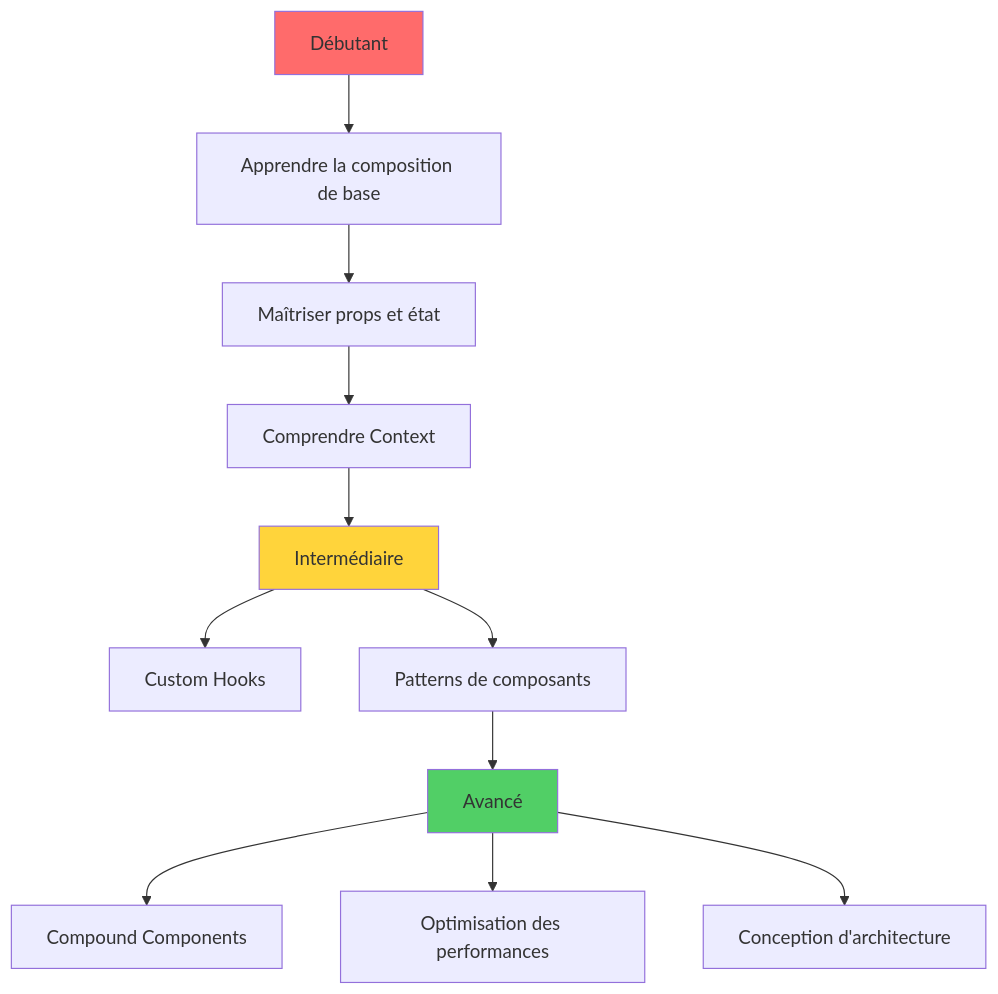
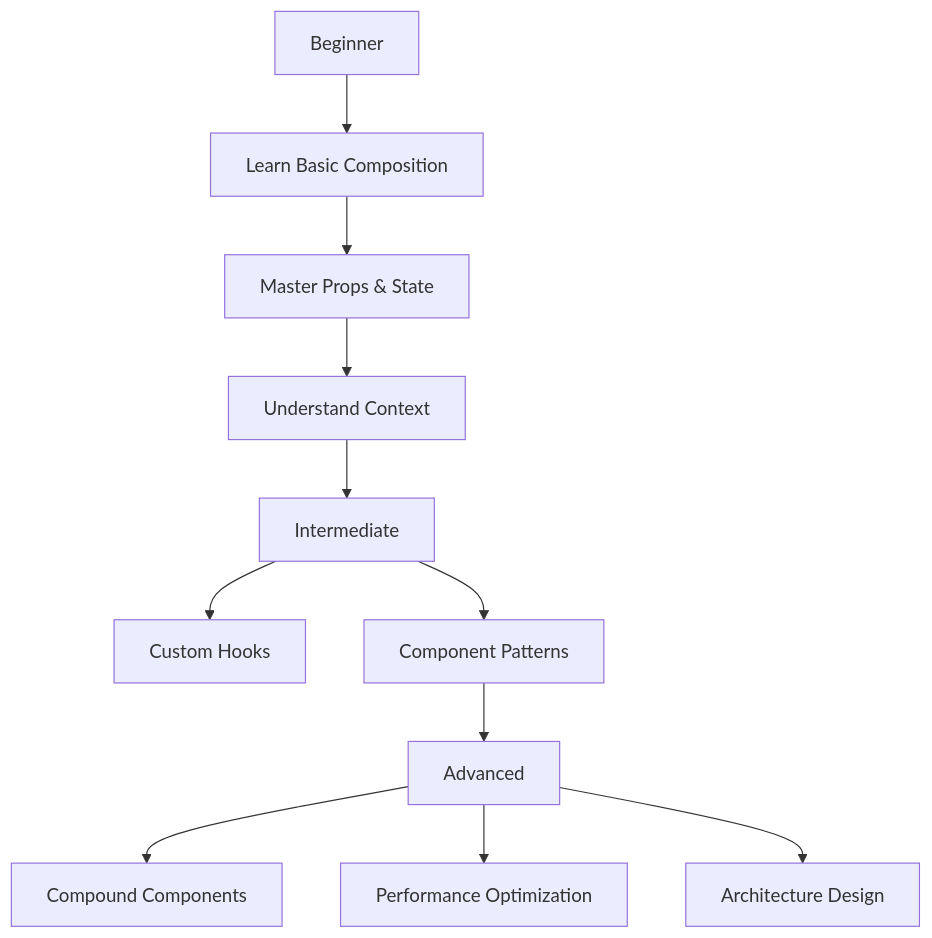
Before and after one commit to BabaScience/react-guides: diagram 12 of 12 in arguments/chapters/fr/03-component-patterns-best-practices.md, drawn with Mermaid. The commit also changed other lines of this file and 29 other files, not shown here.

First line of the commit message:
Bring React FR/IT translations to full English parity + theme-safe diagrams

````diff
--- a/arguments/chapters/fr/03-component-patterns-best-practices.md
+++ b/arguments/chapters/fr/03-component-patterns-best-practices.md
@@ -471,19 +2702,16 @@
 ```mermaid
 graph TD
-    A[Débutant] --> B[Apprendre la composition de base]
-    B --> C[Maîtriser props et état]
-    C --> D[Comprendre Context]
+    A[Beginner] --> B[Learn Basic Composition]
+    B --> C[Master Props & State]
+    C --> D[Understand Context]
     
-    D --> E[Intermédiaire]
+    D --> E[Intermediate]
     E --> F[Custom Hooks]
-    E --> G[Patterns de composants]
+    E --> G[Component Patterns]
     
-    G --> H[Avancé]
+    G --> H[Advanced]
     H --> I[Compound Components]
-    H --> J[Optimisation des performances]
-    H --> K[Conception d'architecture]
+    H --> J[Performance Optimization]
+    H --> K[Architecture Design]
     
-    style A fill:#ff6b6b
-    style E fill:#ffd43b
-    style H fill:#51cf66
 ```
````
